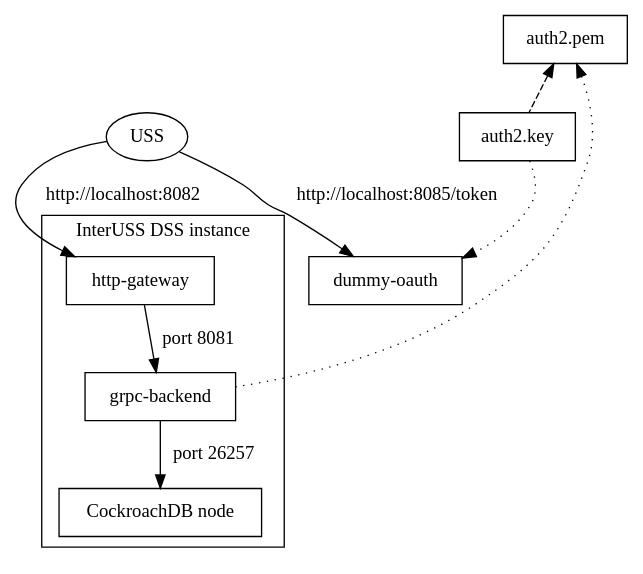
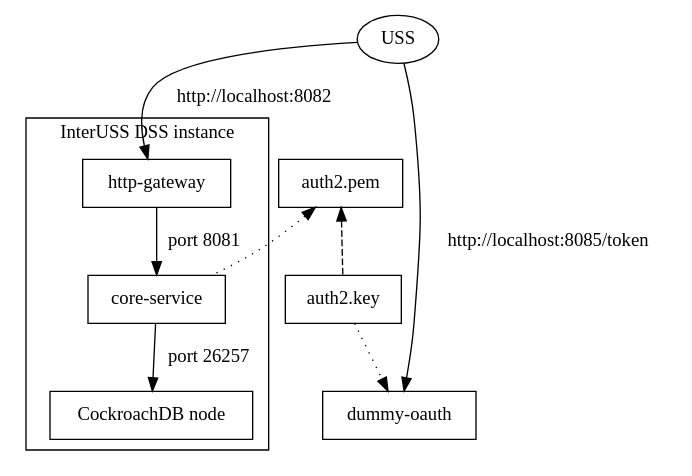
Before and after one commit to interuss/dss: the diagram in assets/run_locally_architecture.gv, drawn with Graphviz. The commit also changed 22 other files, not shown here.

Commit message:
Replace grpc-backend with core-service

```diff
--- a/assets/run_locally_architecture.gv
+++ b/assets/run_locally_architecture.gv
@@ -1,22 +1,23 @@
 // To render:
 //   dot -Tpng -ogenerated/run_locally_architecture.png run_locally_architecture.gv
 digraph G {
   node [shape=box];
   USS [shape=oval];
   OAuth [label="dummy-oauth"];
   HTTPSGateway [label="http-gateway"];
-  gRPCBackend [label="grpc-backend"];
+  CoreService [label="core-service"];
   CRDB [label="CockroachDB node"];
   PrivateKey [label="auth2.key"];
   PublicKey [label="auth2.pem"];
   PrivateKey -> OAuth [style=dotted];
   PublicKey -> PrivateKey [style=dashed,dir=back];
   subgraph cluster_0 {
     label="InterUSS DSS instance";
-    HTTPSGateway -> gRPCBackend [label="port 8081"];
-    gRPCBackend -> CRDB [label="port 26257"];
+    HTTPSGateway -> CoreService [label="port 8081"];
+    CoreService -> CRDB [label="port 26257"];
   }
   USS -> HTTPSGateway [label="http://localhost:8082    "];
   USS -> OAuth [label="http://localhost:8085/token"];
-  PublicKey -> gRPCBackend [dir=back,style=dotted];
+  PublicKey -> CoreService [dir=back,style=dotted];
+  USS -> PublicKey [style=invis]; //To help with formatting
 }
```
